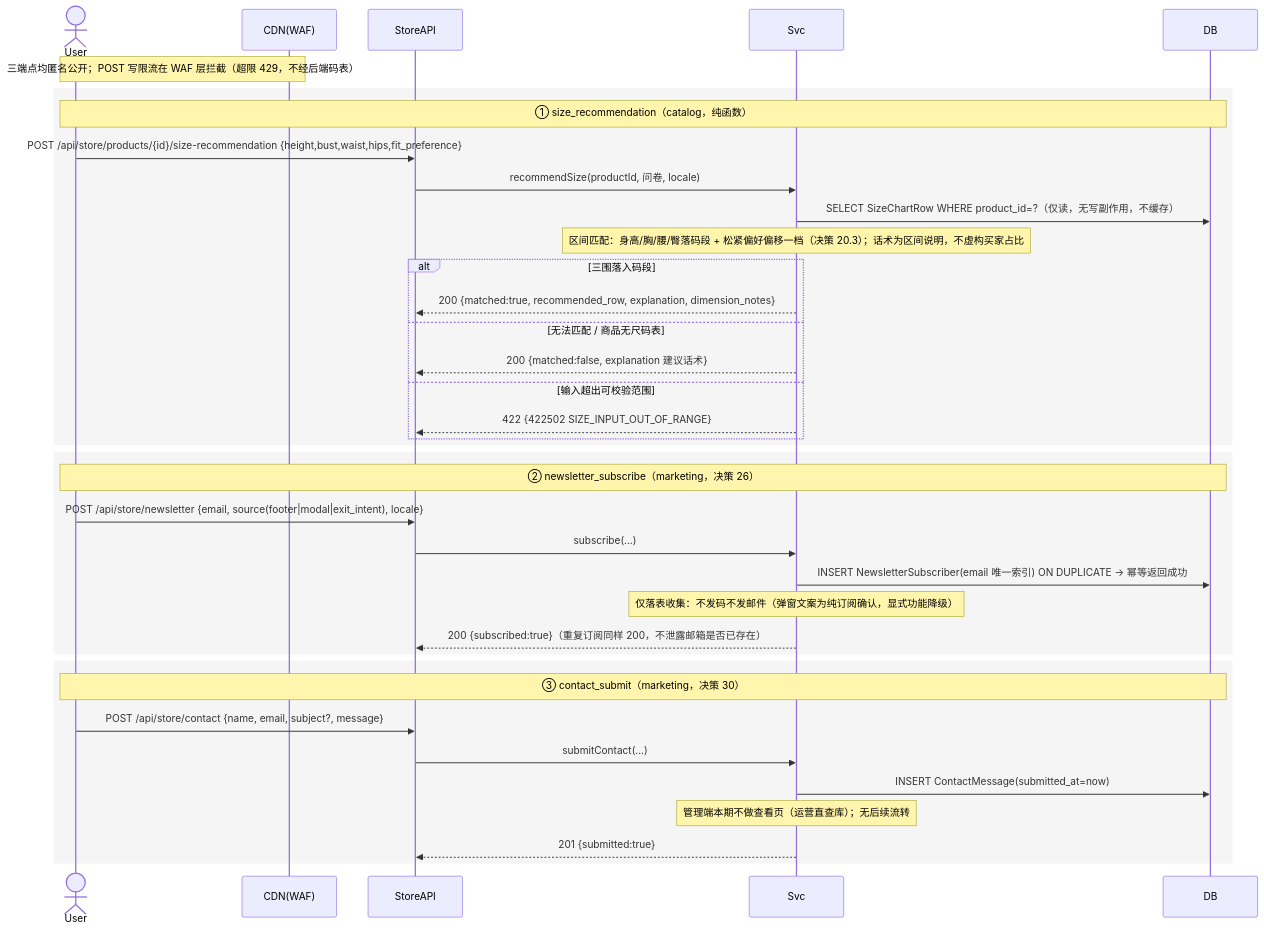
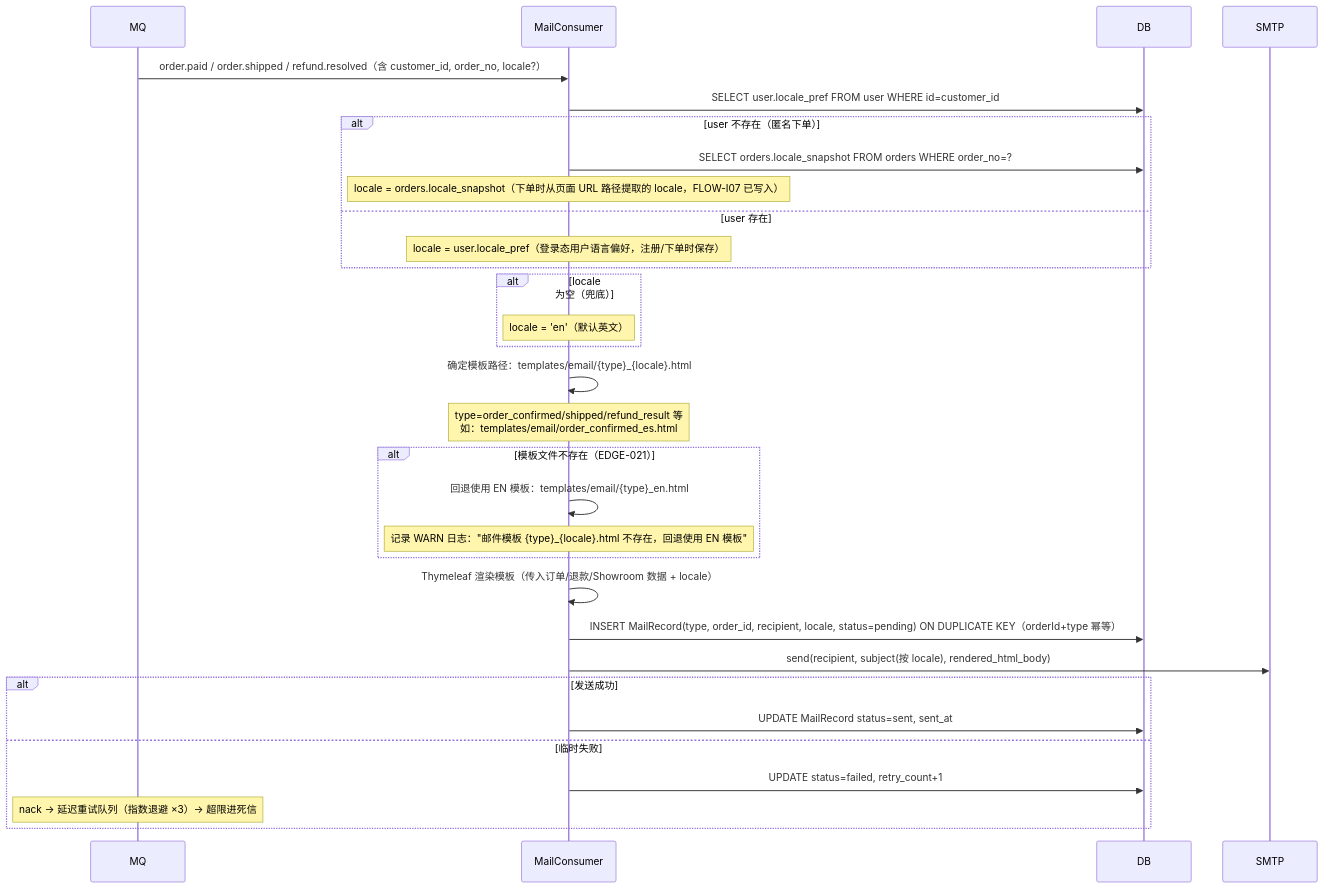
One commit to hptec/dreamy changed the ninth of 9 diagrams in hhspec/specs/architecture/data-flow.md. Above: the diagram before and after it, drawn with Mermaid. The commit also changed other lines of this file and 249 other files, not shown here.

````diff
--- a/hhspec/specs/architecture/data-flow.md
+++ b/hhspec/specs/architecture/data-flow.md
@@ -659,43 +434,40 @@
 ```mermaid
 sequenceDiagram
-    actor User
-    participant WAF as CDN(WAF)
-    participant StoreAPI
-    participant Svc
+    participant MQ
+    participant Svc as MailConsumer
     participant DB
+    participant SMTP
 
-    Note over User,WAF: 三端点均匿名公开；POST 写限流在 WAF 层拦截（超限 429，不经后端码表）
-
-    rect rgb(245,245,245)
-    Note over User,DB: ① size_recommendation（catalog，纯函数）
-    User->>StoreAPI: POST /api/store/products/{id}/size-recommendation {height,bust,waist,hips,fit_preference}
-    StoreAPI->>Svc: recommendSize(productId, 问卷, locale)
-    Svc->>DB: SELECT SizeChartRow WHERE product_id=?（仅读，无写副作用，不缓存）
-    Note over Svc: 区间匹配：身高/胸/腰/臀落码段 + 松紧偏好偏移一档（决策 20.3）；话术为区间说明，不虚构买家占比
-    alt 三围落入码段
-        Svc-->>StoreAPI: 200 {matched:true, recommended_row, explanation, dimension_notes}
-    else 无法匹配 / 商品无尺码表
-        Svc-->>StoreAPI: 200 {matched:false, explanation 建议话术}
-    else 输入超出可校验范围
-        Svc-->>StoreAPI: 422 {422502 SIZE_INPUT_OUT_OF_RANGE}
+    MQ->>Svc: order.paid / order.shipped / refund.resolved（含 customer_id, order_no, locale?）
+    
+    Svc->>DB: SELECT user.locale_pref FROM user WHERE id=customer_id
+    alt user 不存在（匿名下单）
+        Svc->>DB: SELECT orders.locale_snapshot FROM orders WHERE order_no=?
+        Note over Svc: locale = orders.locale_snapshot（下单时从页面 URL 路径提取的 locale，FLOW-I07 已写入）
+    else user 存在
+        Note over Svc: locale = user.locale_pref（登录态用户语言偏好，注册/下单时保存）
     end
+    
+    alt locale 为空（兜底）
+        Note over Svc: locale = 'en'（默认英文）
     end
-
-    rect rgb(245,245,245)
-    Note over User,DB: ② newsletter_subscribe（marketing，决策 26）
-    User->>StoreAPI: POST /api/store/newsletter {email, source(footer|modal|exit_intent), locale}
-    StoreAPI->>Svc: subscribe(...)
-    Svc->>DB: INSERT NewsletterSubscriber(email 唯一索引) ON DUPLICATE → 幂等返回成功
-    Note over Svc: 仅落表收集：不发码不发邮件（弹窗文案为纯订阅确认，显式功能降级）
-    Svc-->>StoreAPI: 200 {subscribed:true}（重复订阅同样 200，不泄露邮箱是否已存在）
+    
+    Svc->>Svc: 确定模板路径：templates/email/{type}_{locale}.html
+    Note over Svc: type=order_confirmed/shipped/refund_result 等<br/>如：templates/email/order_confirmed_es.html
+    
+    alt 模板文件不存在（EDGE-021）
+        Svc->>Svc: 回退使用 EN 模板：templates/email/{type}_en.html
+        Note over Svc: 记录 WARN 日志："邮件模板 {type}_{locale}.html 不存在，回退使用 EN 模板"
     end
-
-    rect rgb(245,245,245)
-    Note over User,DB: ③ contact_submit（marketing，决策 30）
-    User->>StoreAPI: POST /api/store/contact {name, email, subject?, message}
-    StoreAPI->>Svc: submitContact(...)
-    Svc->>DB: INSERT ContactMessage(submitted_at=now)
-    Note over Svc: 管理端本期不做查看页（运营直查库）；无后续流转
-    Svc-->>StoreAPI: 201 {submitted:true}
+    
+    Svc->>Svc: Thymeleaf 渲染模板（传入订单/退款/Showroom 数据 + locale）
+    Svc->>DB: INSERT MailRecord(type, order_id, recipient, locale, status=pending) ON DUPLICATE KEY（orderId+type 幂等）
+    Svc->>SMTP: send(recipient, subject(按 locale), rendered_html_body)
+    
+    alt 发送成功
+        Svc->>DB: UPDATE MailRecord status=sent, sent_at
+    else 临时失败
+        Svc->>DB: UPDATE status=failed, retry_count+1
+        Note over MQ: nack → 延迟重试队列（指数退避 ×3）→ 超限进死信
     end
 ```
````
